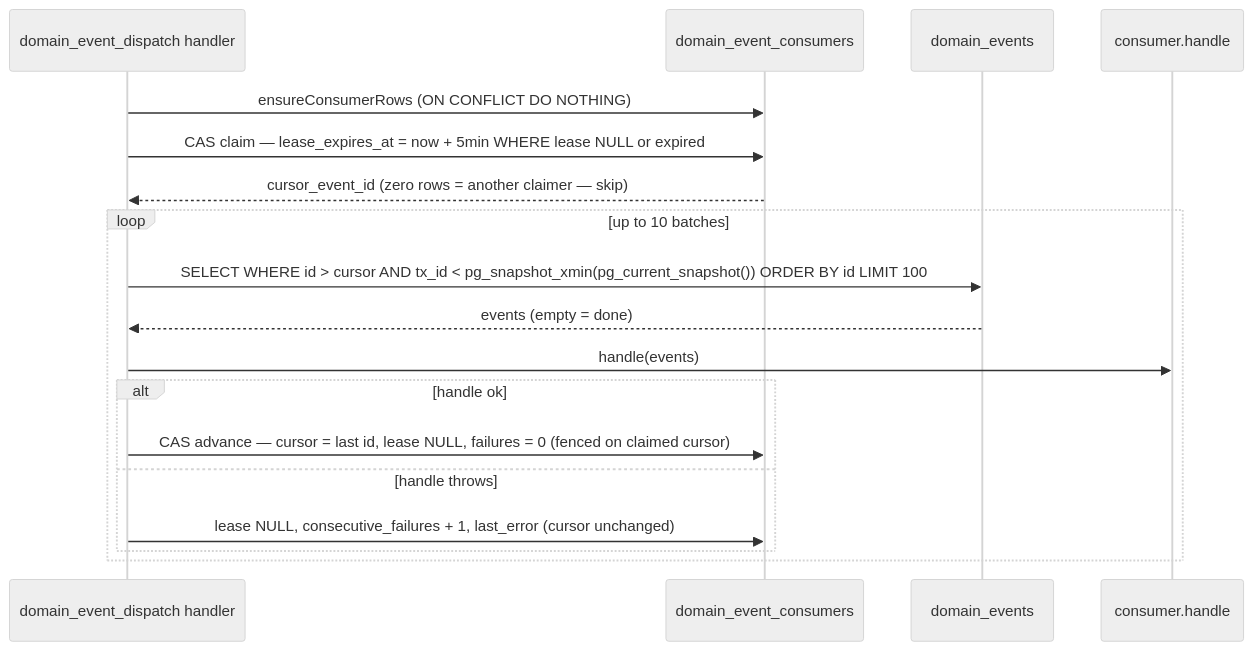
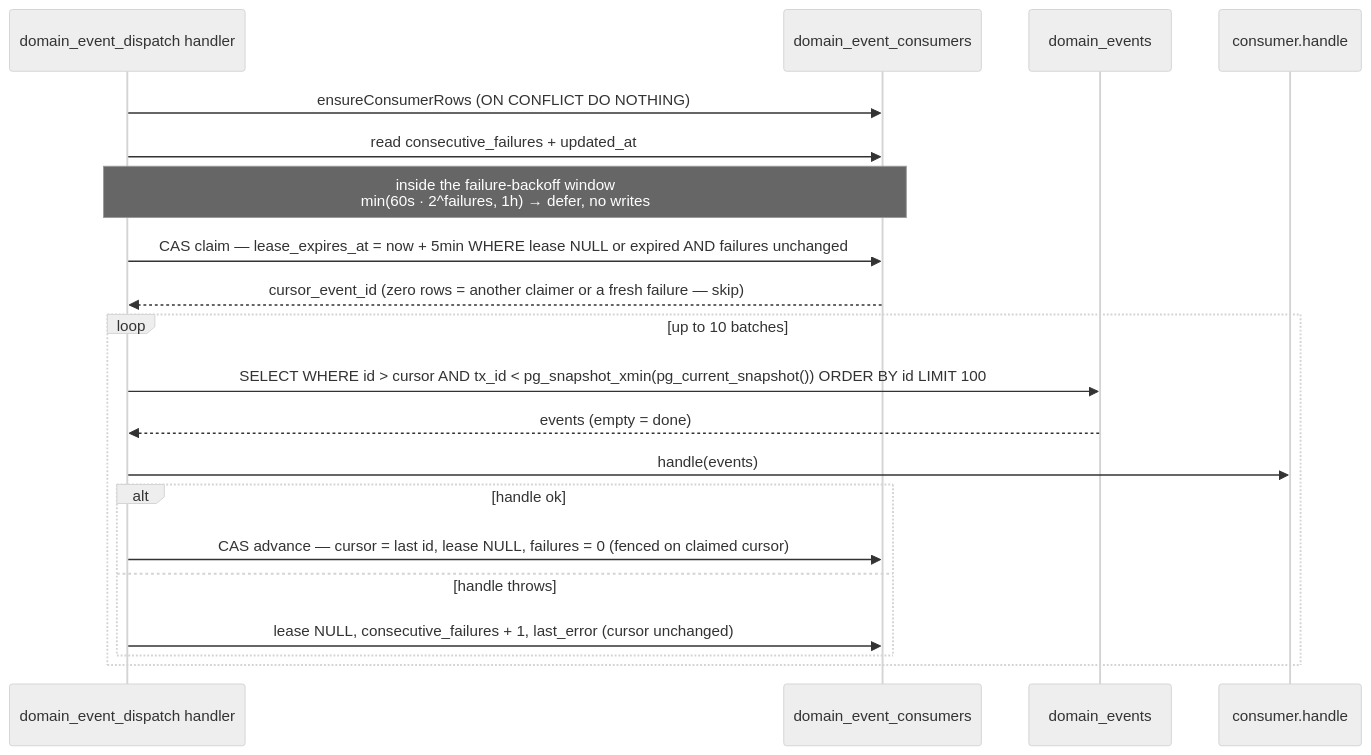
Before and after one commit to maister-dev/maister: the third of 4 diagrams in docs/system-analytics/domain-events.md, drawn with Mermaid (neutral theme). The commit also changed other lines of this file and 4 other files, not shown here.

First line of the commit message:
fix(domain-events): per-consumer exponential failure backoff

````diff
--- a/docs/system-analytics/domain-events.md
+++ b/docs/system-analytics/domain-events.md
@@ -175,20 +175,22 @@
 ```mermaid
 sequenceDiagram
     participant H as domain_event_dispatch handler
     participant C as domain_event_consumers
     participant E as domain_events
     participant X as consumer.handle
     H->>C: ensureConsumerRows (ON CONFLICT DO NOTHING)
-    H->>C: CAS claim — lease_expires_at = now + 5min WHERE lease NULL or expired
-    C-->>H: cursor_event_id (zero rows = another claimer — skip)
+    H->>C: read consecutive_failures + updated_at
+    Note over H,C: inside the failure-backoff window<br/>min(60s · 2^failures, 1h) → defer, no writes
+    H->>C: CAS claim — lease_expires_at = now + 5min WHERE lease NULL or expired AND failures unchanged
+    C-->>H: cursor_event_id (zero rows = another claimer or a fresh failure — skip)
     loop up to 10 batches
         H->>E: SELECT WHERE id > cursor AND tx_id < pg_snapshot_xmin(pg_current_snapshot()) ORDER BY id LIMIT 100
         E-->>H: events (empty = done)
         H->>X: handle(events)
         alt handle ok
             H->>C: CAS advance — cursor = last id, lease NULL, failures = 0 (fenced on claimed cursor)
         else handle throws
             H->>C: lease NULL, consecutive_failures + 1, last_error (cursor unchanged)
         end
     end
 ```
````
